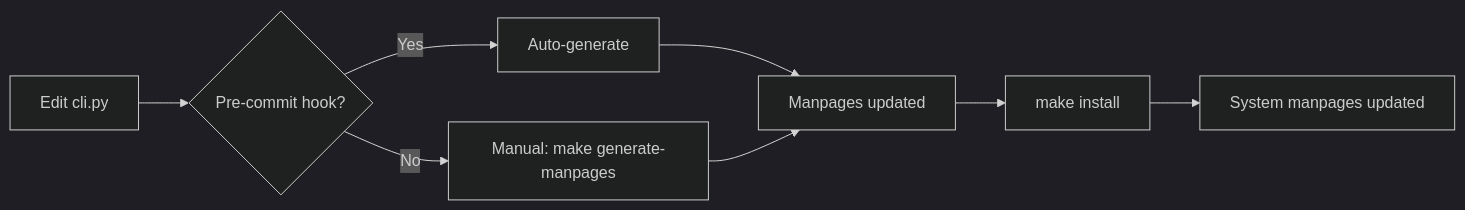
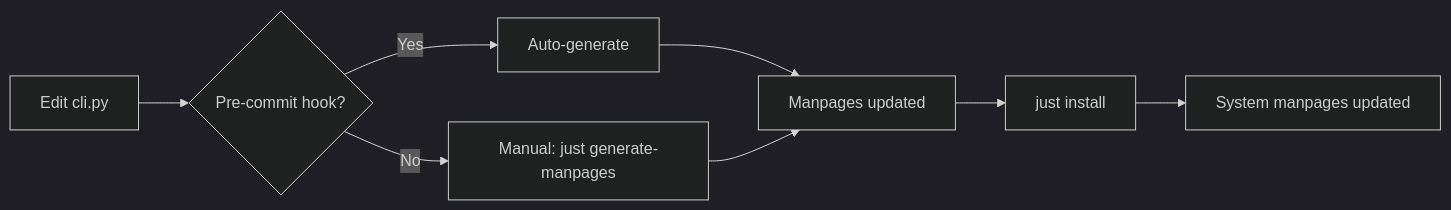
One commit to NickCrew/Claude-Cortex changed the diagram in docs/manpage-automation.md. Above: the diagram before and after it, drawn with Mermaid (dark theme). The commit also changed other lines of this file and 9 other files, not shown here.

Commit message:
docs(install): document cli post-install flow

````diff
--- a/docs/manpage-automation.md
+++ b/docs/manpage-automation.md
@@ -86,10 +82,10 @@
 ```mermaid
 graph LR
     A[Edit cli.py] --> B{Pre-commit hook?}
     B -->|Yes| C[Auto-generate]
-    B -->|No| D[Manual: make generate-manpages]
+    B -->|No| D[Manual: just generate-manpages]
     C --> E[Manpages updated]
     D --> E
-    E --> F[make install]
+    E --> F[just install]
     F --> G[System manpages updated]
 ```
````
